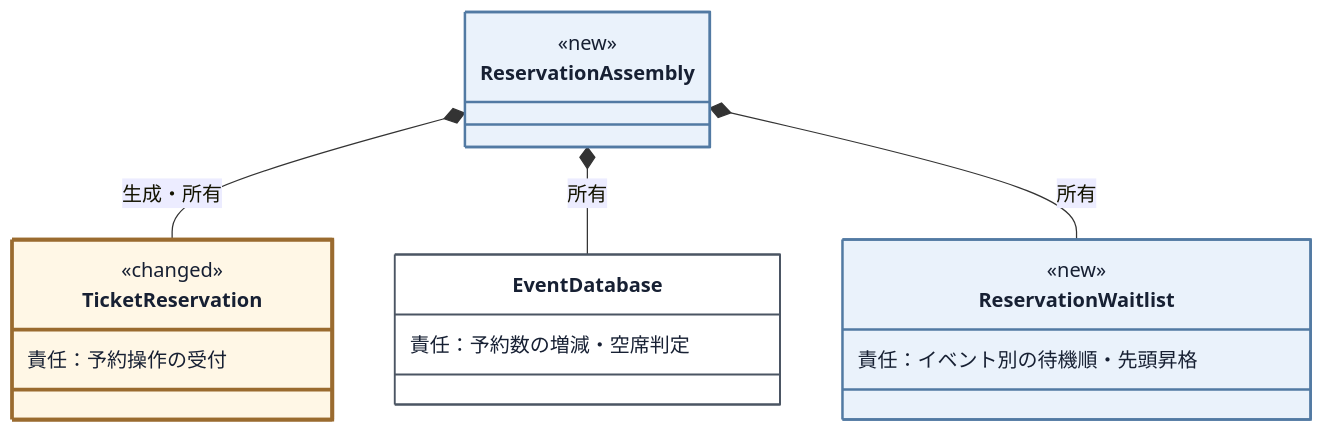
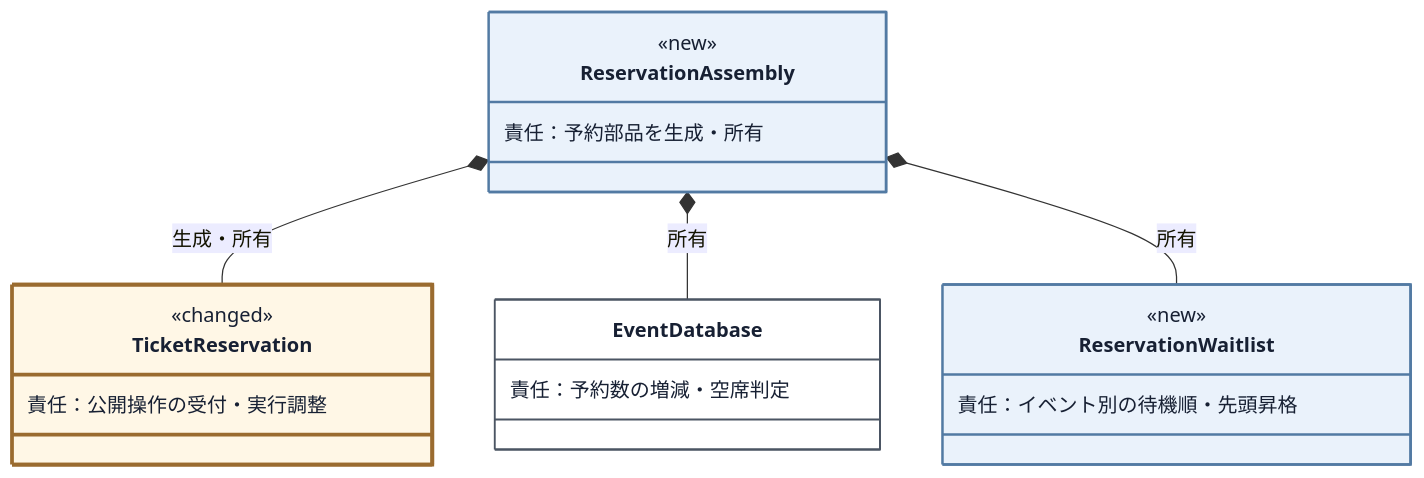
Diagram 17 of 26 in kindle/design-patterns/books/volume01-core-patterns/output/04-chapter02.md (kumachan1101-pixel/DesignPattern), drawn with Mermaid before and after one commit. The commit also changed other lines of this file and 12 other files, not shown here.

````diff
--- a/kindle/design-patterns/books/volume01-core-patterns/output/04-chapter02.md
+++ b/kindle/design-patterns/books/volume01-core-patterns/output/04-chapter02.md
@@ -1799,25 +1781,26 @@
 ```mermaid
 classDiagram
     direction TB
     class ReservationAssembly:::added {
         <<new>>
+        責任：予約部品を生成・所有
     }
     class TicketReservation:::touched {
         <<changed>>
-        責任：予約操作の受付
+        責任：公開操作の受付・実行調整
     }
     class EventDatabase:::stable {
         責任：予約数の増減・空席判定
     }
     class ReservationWaitlist:::added {
         <<new>>
         責任：イベント別の待機順・先頭昇格
     }
     ReservationAssembly *-- TicketReservation : 生成・所有
     ReservationAssembly *-- EventDatabase : 所有
     ReservationAssembly *-- ReservationWaitlist : 所有
 
     classDef stable fill:#ffffff,stroke:#4b5563,stroke-width:1.5px,color:#172033;
     classDef added fill:#eaf2fb,stroke:#527aa3,stroke-width:2px,color:#172033;
     classDef touched fill:#fff7e6,stroke:#9a6b2f,stroke-width:3px,color:#172033;
 ```
````
